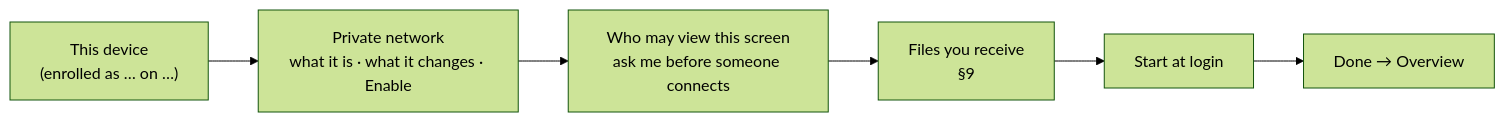
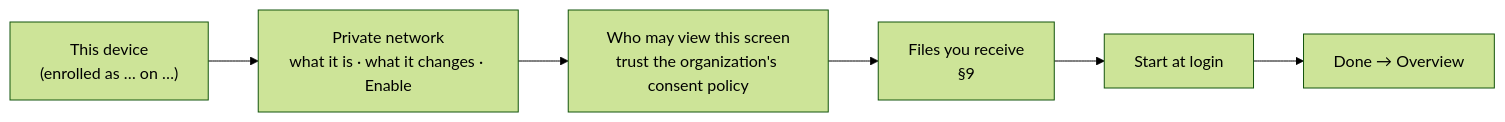
Diagram 16 of 48 in docs/desktop-companion.md (gjovanov/roomler-ai), drawn with Mermaid (forest theme) before and after one commit. The commit also changed 5 other files, not shown here.

````diff
--- a/docs/desktop-companion.md
+++ b/docs/desktop-companion.md
@@ -1544,8 +1544,8 @@
 ```mermaid
 flowchart LR
     A["This device<br/>(enrolled as … on …)"] --> B["Private network<br/>what it is · what it changes · Enable"]
-    B --> C["Who may view this screen<br/>ask me before someone connects"]
+    B --> C["Who may view this screen<br/>trust the organization's consent policy"]
     C --> D["Files you receive<br/>§9"]
     D --> E["Start at login"]
     E --> F["Done → Overview"]
 ```
````
